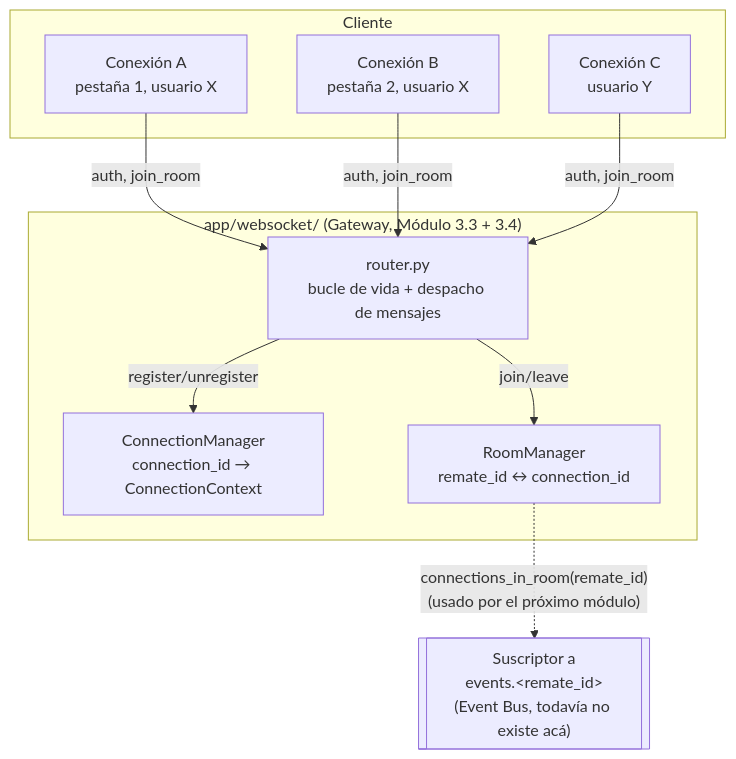
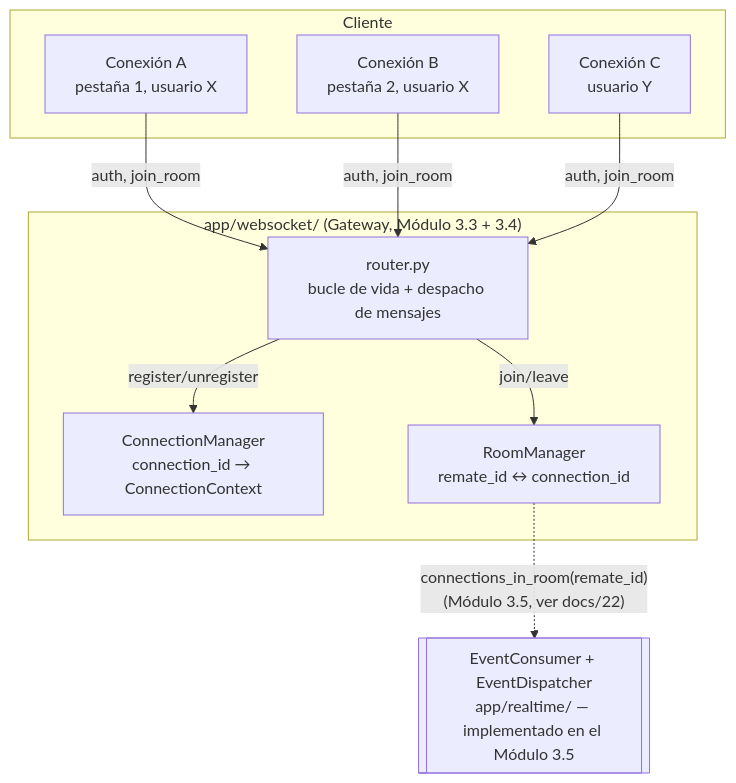
Before and after one commit to suarezcaffdeveloper/rematar: the second of 2 diagrams in docs/21-sistema-de-salas.md, drawn with Mermaid. The commit also changed other lines of this file and 16 other files, not shown here.

````diff
--- a/docs/21-sistema-de-salas.md
+++ b/docs/21-sistema-de-salas.md
@@ -162,22 +162,22 @@
 ```mermaid
 flowchart TB
     subgraph Cliente
         C1[Conexión A<br/>pestaña 1, usuario X]
         C2[Conexión B<br/>pestaña 2, usuario X]
         C3[Conexión C<br/>usuario Y]
     end
 
     subgraph "app/websocket/ (Gateway, Módulo 3.3 + 3.4)"
         R[router.py<br/>bucle de vida + despacho de mensajes]
         CM[ConnectionManager<br/>connection_id → ConnectionContext]
         RM[RoomManager<br/>remate_id ↔ connection_id]
     end
 
     C1 -- auth, join_room --> R
     C2 -- auth, join_room --> R
     C3 -- auth, join_room --> R
     R -- register/unregister --> CM
     R -- join/leave --> RM
 
-    RM -.->|"connections_in_room(remate_id)<br/>(usado por el próximo módulo)"| EventoFuturo[["Suscriptor a<br/>events.&lt;remate_id&gt;<br/>(Event Bus, todavía no existe acá)"]]
+    RM -.->|"connections_in_room(remate_id)<br/>(Módulo 3.5, ver docs/22)"| EventConsumer[["EventConsumer + EventDispatcher<br/>app/realtime/ — implementado en el Módulo 3.5"]]
 ```
````
